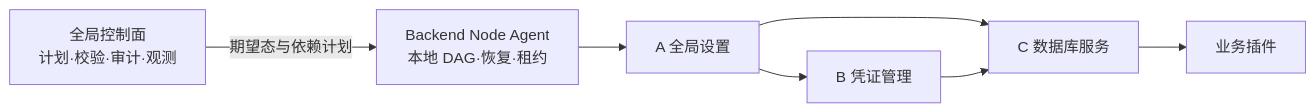
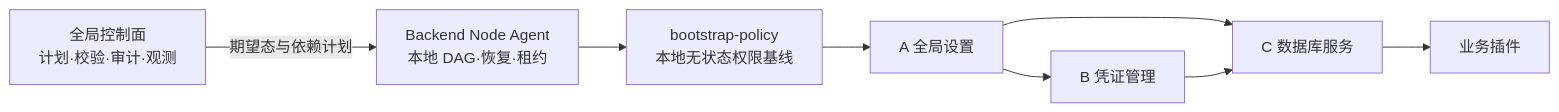
The sixth of 6 diagrams in docs/dev/architecture/系统架构.md (yandt/VastPlan), drawn with Mermaid before and after one commit. The commit also changed other lines of this file and 18 other files, not shown here.

Commit message:
feat: add namespaced bootstrap policy plugin

````diff
--- a/docs/dev/architecture/系统架构.md
+++ b/docs/dev/architecture/系统架构.md
@@ -564,9 +564,10 @@
 ```mermaid
 flowchart LR
   CP[全局控制面<br/>计划·校验·审计·观测] -->|期望态与依赖计划| N[Backend Node Agent<br/>本地 DAG·恢复·租约]
-  N --> A[A 全局设置]
+  N --> P[bootstrap-policy<br/>本地无状态权限基线]
+  P --> A[A 全局设置]
   A --> B[B 凭证管理]
   A --> C[C 数据库服务]
   B --> C
   C --> D[业务插件]
 ```
````
